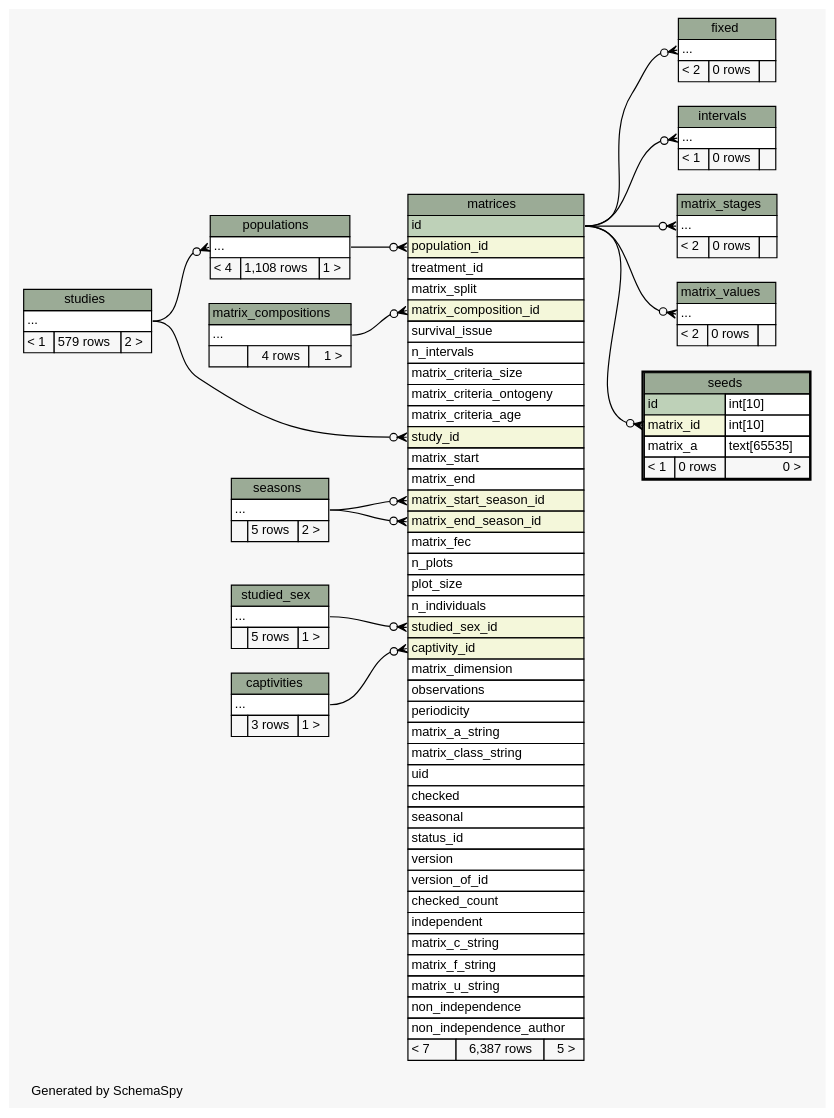
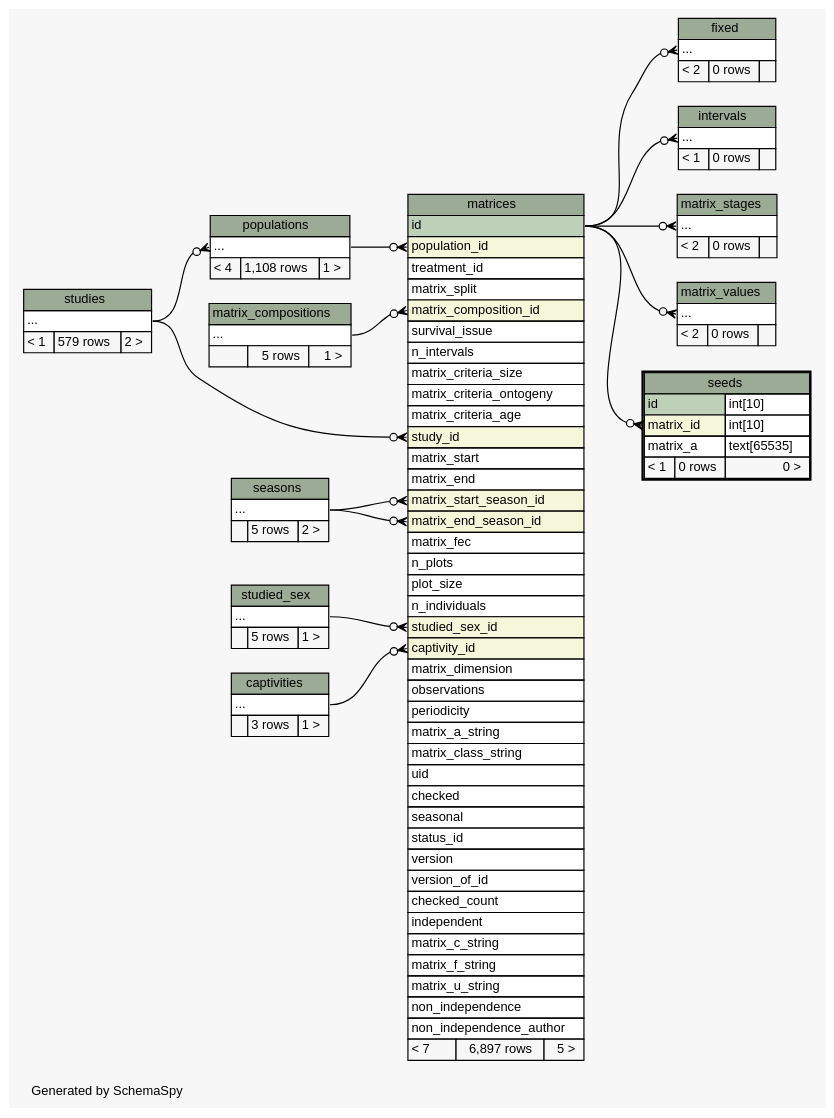
Before and after one commit to DannyLBuss/demography_database: the diagram in application_tasks/schema/current/diagrams/seeds.2degrees.dot, drawn with Graphviz. The commit also changed 261 other files, not shown here.

Commit message:
corrected installing java problem in schema.sh

```diff
--- a/application_tasks/schema/current/diagrams/seeds.2degrees.dot
+++ b/application_tasks/schema/current/diagrams/seeds.2degrees.dot
@@ -1,195 +1,195 @@
-// dot 2.38.0 on Mac OS X 10.11.5
+// dot 2.38.0 on Linux 4.4.0-42-generic
 // SchemaSpy rev 590
 digraph "twoDegreesRelationshipsDiagram" {
   graph [
     rankdir="RL"
     bgcolor="#f7f7f7"
     label="\nGenerated by SchemaSpy"
     labeljust="l"
     nodesep="0.18"
     ranksep="0.46"
     fontname="Helvetica"
     fontsize="11"
   ];
   node [
     fontname="Helvetica"
     fontsize="11"
     shape="plaintext"
   ];
   edge [
     arrowsize="0.8"
   ];
   "fixed":"elipses":w -> "matrices":"id":e [arrowhead=none dir=back arrowtail=crowodot];
   "intervals":"elipses":w -> "matrices":"id":e [arrowhead=none dir=back arrowtail=crowodot];
   "matrices":"captivity_id":w -> "captivities":"elipses":e [arrowhead=none dir=back arrowtail=crowodot];
   "matrices":"matrix_composition_id":w -> "matrix_compositions":"elipses":e [arrowhead=none dir=back arrowtail=crowodot];
   "matrices":"matrix_end_season_id":w -> "seasons":"elipses":e [arrowhead=none dir=back arrowtail=crowodot];
   "matrices":"matrix_start_season_id":w -> "seasons":"elipses":e [arrowhead=none dir=back arrowtail=crowodot];
   "matrices":"population_id":w -> "populations":"elipses":e [arrowhead=none dir=back arrowtail=crowodot];
   "matrices":"studied_sex_id":w -> "studied_sex":"elipses":e [arrowhead=none dir=back arrowtail=crowodot];
   "matrices":"study_id":w -> "studies":"elipses":e [arrowhead=none dir=back arrowtail=crowodot];
   "matrix_stages":"elipses":w -> "matrices":"id":e [arrowhead=none dir=back arrowtail=crowodot];
   "matrix_values":"elipses":w -> "matrices":"id":e [arrowhead=none dir=back arrowtail=crowodot];
   "populations":"elipses":w -> "studies":"elipses":e [arrowhead=none dir=back arrowtail=crowodot];
   "seeds":"matrix_id":w -> "matrices":"id":e [arrowhead=none dir=back arrowtail=crowodot];
   "captivities" [
     label=<
     <TABLE BORDER="0" CELLBORDER="1" CELLSPACING="0" BGCOLOR="#ffffff">
       <TR><TD COLSPAN="3" BGCOLOR="#9bab96" ALIGN="CENTER">captivities</TD></TR>
       <TR><TD PORT="elipses" COLSPAN="3" ALIGN="LEFT">...</TD></TR>
       <TR><TD ALIGN="LEFT" BGCOLOR="#f7f7f7">  </TD><TD ALIGN="RIGHT" BGCOLOR="#f7f7f7">3 rows</TD><TD ALIGN="RIGHT" BGCOLOR="#f7f7f7">1 &gt;</TD></TR>
     </TABLE>>
     URL="captivities.html"
     tooltip="captivities"
   ];
   "fixed" [
     label=<
     <TABLE BORDER="0" CELLBORDER="1" CELLSPACING="0" BGCOLOR="#ffffff">
       <TR><TD COLSPAN="3" BGCOLOR="#9bab96" ALIGN="CENTER">fixed</TD></TR>
       <TR><TD PORT="elipses" COLSPAN="3" ALIGN="LEFT">...</TD></TR>
       <TR><TD ALIGN="LEFT" BGCOLOR="#f7f7f7">&lt; 2</TD><TD ALIGN="RIGHT" BGCOLOR="#f7f7f7">0 rows</TD><TD ALIGN="RIGHT" BGCOLOR="#f7f7f7">  </TD></TR>
     </TABLE>>
     URL="fixed.html"
     tooltip="fixed"
   ];
   "intervals" [
     label=<
     <TABLE BORDER="0" CELLBORDER="1" CELLSPACING="0" BGCOLOR="#ffffff">
       <TR><TD COLSPAN="3" BGCOLOR="#9bab96" ALIGN="CENTER">intervals</TD></TR>
       <TR><TD PORT="elipses" COLSPAN="3" ALIGN="LEFT">...</TD></TR>
       <TR><TD ALIGN="LEFT" BGCOLOR="#f7f7f7">&lt; 1</TD><TD ALIGN="RIGHT" BGCOLOR="#f7f7f7">0 rows</TD><TD ALIGN="RIGHT" BGCOLOR="#f7f7f7">  </TD></TR>
     </TABLE>>
     URL="intervals.html"
     tooltip="intervals"
   ];
   "matrices" [
     label=<
     <TABLE BORDER="0" CELLBORDER="1" CELLSPACING="0" BGCOLOR="#ffffff">
       <TR><TD COLSPAN="3" BGCOLOR="#9bab96" ALIGN="CENTER">matrices</TD></TR>
       <TR><TD PORT="id" COLSPAN="3" BGCOLOR="#bed1b8" ALIGN="LEFT">id</TD></TR>
       <TR><TD PORT="population_id" COLSPAN="3" BGCOLOR="#f4f7da" ALIGN="LEFT">population_id</TD></TR>
       <TR><TD PORT="treatment_id" COLSPAN="3" ALIGN="LEFT">treatment_id</TD></TR>
       <TR><TD PORT="matrix_split" COLSPAN="3" ALIGN="LEFT">matrix_split</TD></TR>
       <TR><TD PORT="matrix_composition_id" COLSPAN="3" BGCOLOR="#f4f7da" ALIGN="LEFT">matrix_composition_id</TD></TR>
       <TR><TD PORT="survival_issue" COLSPAN="3" ALIGN="LEFT">survival_issue</TD></TR>
       <TR><TD PORT="n_intervals" COLSPAN="3" ALIGN="LEFT">n_intervals</TD></TR>
       <TR><TD PORT="matrix_criteria_size" COLSPAN="3" ALIGN="LEFT">matrix_criteria_size</TD></TR>
       <TR><TD PORT="matrix_criteria_ontogeny" COLSPAN="3" ALIGN="LEFT">matrix_criteria_ontogeny</TD></TR>
       <TR><TD PORT="matrix_criteria_age" COLSPAN="3" ALIGN="LEFT">matrix_criteria_age</TD></TR>
       <TR><TD PORT="study_id" COLSPAN="3" BGCOLOR="#f4f7da" ALIGN="LEFT">study_id</TD></TR>
       <TR><TD PORT="matrix_start" COLSPAN="3" ALIGN="LEFT">matrix_start</TD></TR>
       <TR><TD PORT="matrix_end" COLSPAN="3" ALIGN="LEFT">matrix_end</TD></TR>
       <TR><TD PORT="matrix_start_season_id" COLSPAN="3" BGCOLOR="#f4f7da" ALIGN="LEFT">matrix_start_season_id</TD></TR>
       <TR><TD PORT="matrix_end_season_id" COLSPAN="3" BGCOLOR="#f4f7da" ALIGN="LEFT">matrix_end_season_id</TD></TR>
       <TR><TD PORT="matrix_fec" COLSPAN="3" ALIGN="LEFT">matrix_fec</TD></TR>
       <TR><TD PORT="n_plots" COLSPAN="3" ALIGN="LEFT">n_plots</TD></TR>
       <TR><TD PORT="plot_size" COLSPAN="3" ALIGN="LEFT">plot_size</TD></TR>
       <TR><TD PORT="n_individuals" COLSPAN="3" ALIGN="LEFT">n_individuals</TD></TR>
       <TR><TD PORT="studied_sex_id" COLSPAN="3" BGCOLOR="#f4f7da" ALIGN="LEFT">studied_sex_id</TD></TR>
       <TR><TD PORT="captivity_id" COLSPAN="3" BGCOLOR="#f4f7da" ALIGN="LEFT">captivity_id</TD></TR>
       <TR><TD PORT="matrix_dimension" COLSPAN="3" ALIGN="LEFT">matrix_dimension</TD></TR>
       <TR><TD PORT="observations" COLSPAN="3" ALIGN="LEFT">observations</TD></TR>
       <TR><TD PORT="periodicity" COLSPAN="3" ALIGN="LEFT">periodicity</TD></TR>
       <TR><TD PORT="matrix_a_string" COLSPAN="3" ALIGN="LEFT">matrix_a_string</TD></TR>
       <TR><TD PORT="matrix_class_string" COLSPAN="3" ALIGN="LEFT">matrix_class_string</TD></TR>
       <TR><TD PORT="uid" COLSPAN="3" ALIGN="LEFT">uid</TD></TR>
       <TR><TD PORT="checked" COLSPAN="3" ALIGN="LEFT">checked</TD></TR>
       <TR><TD PORT="seasonal" COLSPAN="3" ALIGN="LEFT">seasonal</TD></TR>
       <TR><TD PORT="status_id" COLSPAN="3" ALIGN="LEFT">status_id</TD></TR>
       <TR><TD PORT="version" COLSPAN="3" ALIGN="LEFT">version</TD></TR>
       <TR><TD PORT="version_of_id" COLSPAN="3" ALIGN="LEFT">version_of_id</TD></TR>
       <TR><TD PORT="checked_count" COLSPAN="3" ALIGN="LEFT">checked_count</TD></TR>
       <TR><TD PORT="independent" COLSPAN="3" ALIGN="LEFT">independent</TD></TR>
       <TR><TD PORT="matrix_c_string" COLSPAN="3" ALIGN="LEFT">matrix_c_string</TD></TR>
       <TR><TD PORT="matrix_f_string" COLSPAN="3" ALIGN="LEFT">matrix_f_string</TD></TR>
       <TR><TD PORT="matrix_u_string" COLSPAN="3" ALIGN="LEFT">matrix_u_string</TD></TR>
       <TR><TD PORT="non_independence" COLSPAN="3" ALIGN="LEFT">non_independence</TD></TR>
       <TR><TD PORT="non_independence_author" COLSPAN="3" ALIGN="LEFT">non_independence_author</TD></TR>
-      <TR><TD ALIGN="LEFT" BGCOLOR="#f7f7f7">&lt; 7</TD><TD ALIGN="RIGHT" BGCOLOR="#f7f7f7">6,387 rows</TD><TD ALIGN="RIGHT" BGCOLOR="#f7f7f7">5 &gt;</TD></TR>
+      <TR><TD ALIGN="LEFT" BGCOLOR="#f7f7f7">&lt; 7</TD><TD ALIGN="RIGHT" BGCOLOR="#f7f7f7">6,897 rows</TD><TD ALIGN="RIGHT" BGCOLOR="#f7f7f7">5 &gt;</TD></TR>
     </TABLE>>
     URL="matrices.html"
     tooltip="matrices"
   ];
   "matrix_compositions" [
     label=<
     <TABLE BORDER="0" CELLBORDER="1" CELLSPACING="0" BGCOLOR="#ffffff">
       <TR><TD COLSPAN="3" BGCOLOR="#9bab96" ALIGN="CENTER">matrix_compositions</TD></TR>
       <TR><TD PORT="elipses" COLSPAN="3" ALIGN="LEFT">...</TD></TR>
-      <TR><TD ALIGN="LEFT" BGCOLOR="#f7f7f7">  </TD><TD ALIGN="RIGHT" BGCOLOR="#f7f7f7">4 rows</TD><TD ALIGN="RIGHT" BGCOLOR="#f7f7f7">1 &gt;</TD></TR>
+      <TR><TD ALIGN="LEFT" BGCOLOR="#f7f7f7">  </TD><TD ALIGN="RIGHT" BGCOLOR="#f7f7f7">5 rows</TD><TD ALIGN="RIGHT" BGCOLOR="#f7f7f7">1 &gt;</TD></TR>
     </TABLE>>
     URL="matrix_compositions.html"
     tooltip="matrix_compositions"
   ];
   "matrix_stages" [
     label=<
     <TABLE BORDER="0" CELLBORDER="1" CELLSPACING="0" BGCOLOR="#ffffff">
       <TR><TD COLSPAN="3" BGCOLOR="#9bab96" ALIGN="CENTER">matrix_stages</TD></TR>
       <TR><TD PORT="elipses" COLSPAN="3" ALIGN="LEFT">...</TD></TR>
       <TR><TD ALIGN="LEFT" BGCOLOR="#f7f7f7">&lt; 2</TD><TD ALIGN="RIGHT" BGCOLOR="#f7f7f7">0 rows</TD><TD ALIGN="RIGHT" BGCOLOR="#f7f7f7">  </TD></TR>
     </TABLE>>
     URL="matrix_stages.html"
     tooltip="matrix_stages"
   ];
   "matrix_values" [
     label=<
     <TABLE BORDER="0" CELLBORDER="1" CELLSPACING="0" BGCOLOR="#ffffff">
       <TR><TD COLSPAN="3" BGCOLOR="#9bab96" ALIGN="CENTER">matrix_values</TD></TR>
       <TR><TD PORT="elipses" COLSPAN="3" ALIGN="LEFT">...</TD></TR>
       <TR><TD ALIGN="LEFT" BGCOLOR="#f7f7f7">&lt; 2</TD><TD ALIGN="RIGHT" BGCOLOR="#f7f7f7">0 rows</TD><TD ALIGN="RIGHT" BGCOLOR="#f7f7f7">  </TD></TR>
     </TABLE>>
     URL="matrix_values.html"
     tooltip="matrix_values"
   ];
   "populations" [
     label=<
     <TABLE BORDER="0" CELLBORDER="1" CELLSPACING="0" BGCOLOR="#ffffff">
       <TR><TD COLSPAN="3" BGCOLOR="#9bab96" ALIGN="CENTER">populations</TD></TR>
       <TR><TD PORT="elipses" COLSPAN="3" ALIGN="LEFT">...</TD></TR>
       <TR><TD ALIGN="LEFT" BGCOLOR="#f7f7f7">&lt; 4</TD><TD ALIGN="RIGHT" BGCOLOR="#f7f7f7">1,108 rows</TD><TD ALIGN="RIGHT" BGCOLOR="#f7f7f7">1 &gt;</TD></TR>
     </TABLE>>
     URL="populations.html"
     tooltip="populations"
   ];
   "seasons" [
     label=<
     <TABLE BORDER="0" CELLBORDER="1" CELLSPACING="0" BGCOLOR="#ffffff">
       <TR><TD COLSPAN="3" BGCOLOR="#9bab96" ALIGN="CENTER">seasons</TD></TR>
       <TR><TD PORT="elipses" COLSPAN="3" ALIGN="LEFT">...</TD></TR>
       <TR><TD ALIGN="LEFT" BGCOLOR="#f7f7f7">  </TD><TD ALIGN="RIGHT" BGCOLOR="#f7f7f7">5 rows</TD><TD ALIGN="RIGHT" BGCOLOR="#f7f7f7">2 &gt;</TD></TR>
     </TABLE>>
     URL="seasons.html"
     tooltip="seasons"
   ];
   "seeds" [
     label=<
     <TABLE BORDER="2" CELLBORDER="1" CELLSPACING="0" BGCOLOR="#ffffff">
       <TR><TD COLSPAN="3" BGCOLOR="#9bab96" ALIGN="CENTER">seeds</TD></TR>
       <TR><TD PORT="id" COLSPAN="2" BGCOLOR="#bed1b8" ALIGN="LEFT">id</TD><TD PORT="id.type" ALIGN="LEFT">int[10]</TD></TR>
       <TR><TD PORT="matrix_id" COLSPAN="2" BGCOLOR="#f4f7da" ALIGN="LEFT">matrix_id</TD><TD PORT="matrix_id.type" ALIGN="LEFT">int[10]</TD></TR>
       <TR><TD PORT="matrix_a" COLSPAN="2" ALIGN="LEFT">matrix_a</TD><TD PORT="matrix_a.type" ALIGN="LEFT">text[65535]</TD></TR>
       <TR><TD ALIGN="LEFT" BGCOLOR="#f7f7f7">&lt; 1</TD><TD ALIGN="RIGHT" BGCOLOR="#f7f7f7">0 rows</TD><TD ALIGN="RIGHT" BGCOLOR="#f7f7f7">0 &gt;</TD></TR>
     </TABLE>>
     URL="seeds.html"
     tooltip="seeds"
   ];
   "studied_sex" [
     label=<
     <TABLE BORDER="0" CELLBORDER="1" CELLSPACING="0" BGCOLOR="#ffffff">
       <TR><TD COLSPAN="3" BGCOLOR="#9bab96" ALIGN="CENTER">studied_sex</TD></TR>
       <TR><TD PORT="elipses" COLSPAN="3" ALIGN="LEFT">...</TD></TR>
       <TR><TD ALIGN="LEFT" BGCOLOR="#f7f7f7">  </TD><TD ALIGN="RIGHT" BGCOLOR="#f7f7f7">5 rows</TD><TD ALIGN="RIGHT" BGCOLOR="#f7f7f7">1 &gt;</TD></TR>
     </TABLE>>
     URL="studied_sex.html"
     tooltip="studied_sex"
   ];
   "studies" [
     label=<
     <TABLE BORDER="0" CELLBORDER="1" CELLSPACING="0" BGCOLOR="#ffffff">
       <TR><TD COLSPAN="3" BGCOLOR="#9bab96" ALIGN="CENTER">studies</TD></TR>
       <TR><TD PORT="elipses" COLSPAN="3" ALIGN="LEFT">...</TD></TR>
       <TR><TD ALIGN="LEFT" BGCOLOR="#f7f7f7">&lt; 1</TD><TD ALIGN="RIGHT" BGCOLOR="#f7f7f7">579 rows</TD><TD ALIGN="RIGHT" BGCOLOR="#f7f7f7">2 &gt;</TD></TR>
     </TABLE>>
     URL="studies.html"
     tooltip="studies"
   ];
 }
```
